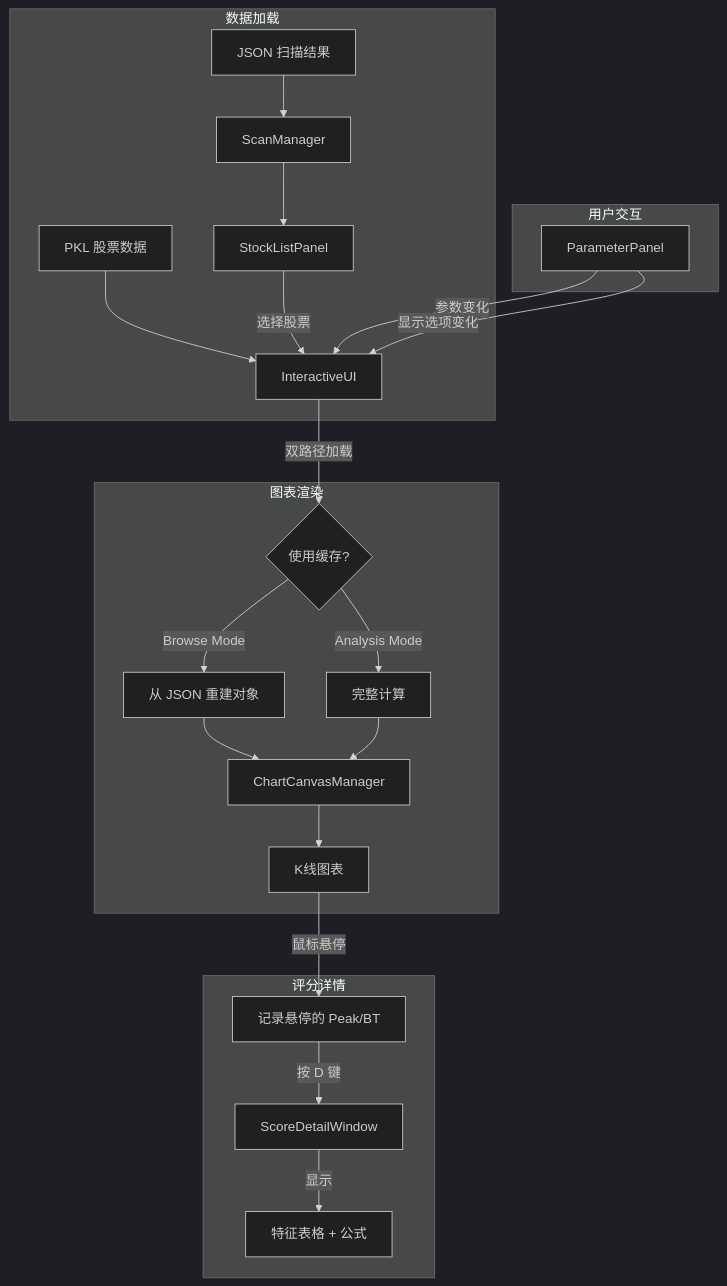
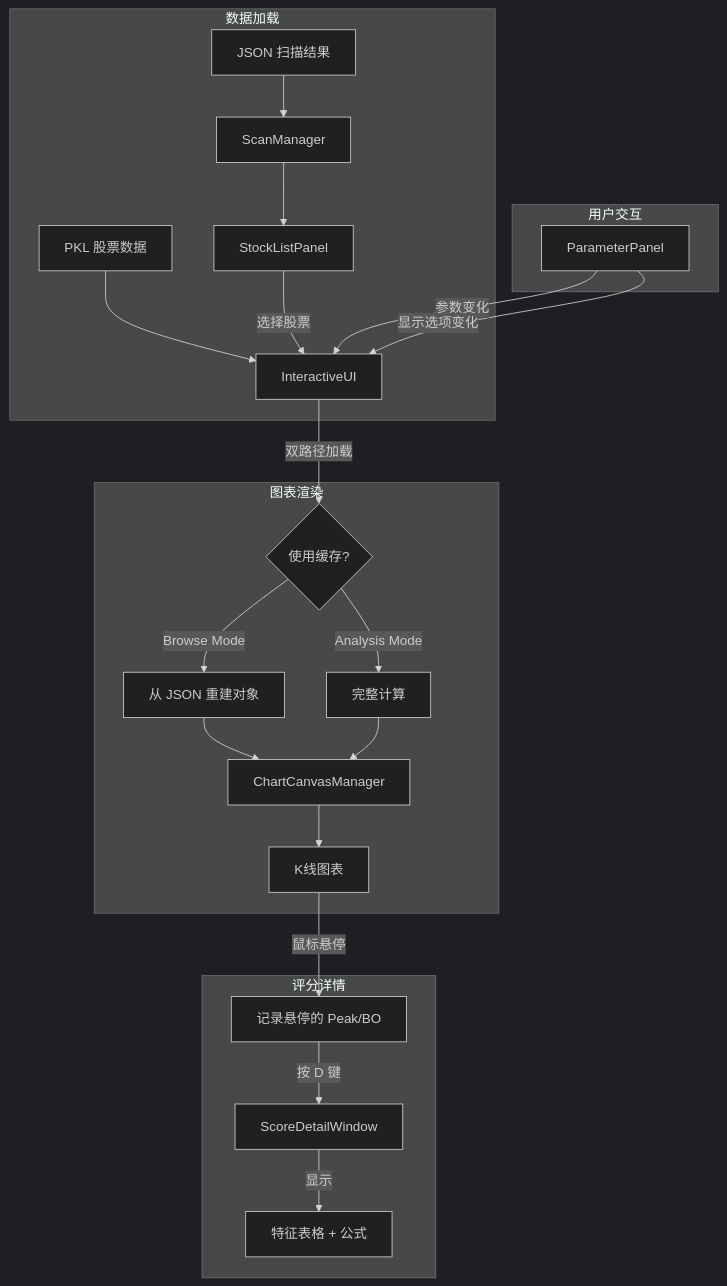
The second of 2 diagrams in docs/modules/specs/12_交互式UI_IMPL.md (ufgtb24/Trade_Strategy), drawn with Mermaid (dark theme) before and after one commit. The commit also changed other lines of this file and 137 other files, not shown here.

````diff
--- a/docs/modules/specs/12_交互式UI_IMPL.md
+++ b/docs/modules/specs/12_交互式UI_IMPL.md
@@ -96,29 +96,29 @@
 ```mermaid
 flowchart TD
     subgraph 数据加载
         JSON[JSON 扫描结果] --> ScanMgr[ScanManager]
         ScanMgr --> StockList[StockListPanel]
         PKL[PKL 股票数据] --> Main[InteractiveUI]
     end
 
     subgraph 用户交互
         StockList -->|选择股票| Main
         ParamPanel[ParameterPanel] -->|参数变化| Main
         ParamPanel -->|显示选项变化| Main
     end
 
     subgraph 图表渲染
         Main -->|双路径加载| Decision{使用缓存?}
         Decision -->|Browse Mode| JSONCache[从 JSON 重建对象]
         Decision -->|Analysis Mode| FullComp[完整计算]
         JSONCache --> ChartMgr[ChartCanvasManager]
         FullComp --> ChartMgr
         ChartMgr --> Canvas[K线图表]
     end
 
     subgraph 评分详情
-        Canvas -->|鼠标悬停| HoverState[记录悬停的 Peak/BT]
+        Canvas -->|鼠标悬停| HoverState[记录悬停的 Peak/BO]
         HoverState -->|按 D 键| ScoreWindow[ScoreDetailWindow]
         ScoreWindow -->|显示| DetailTable[特征表格 + 公式]
     end
 ```
````
